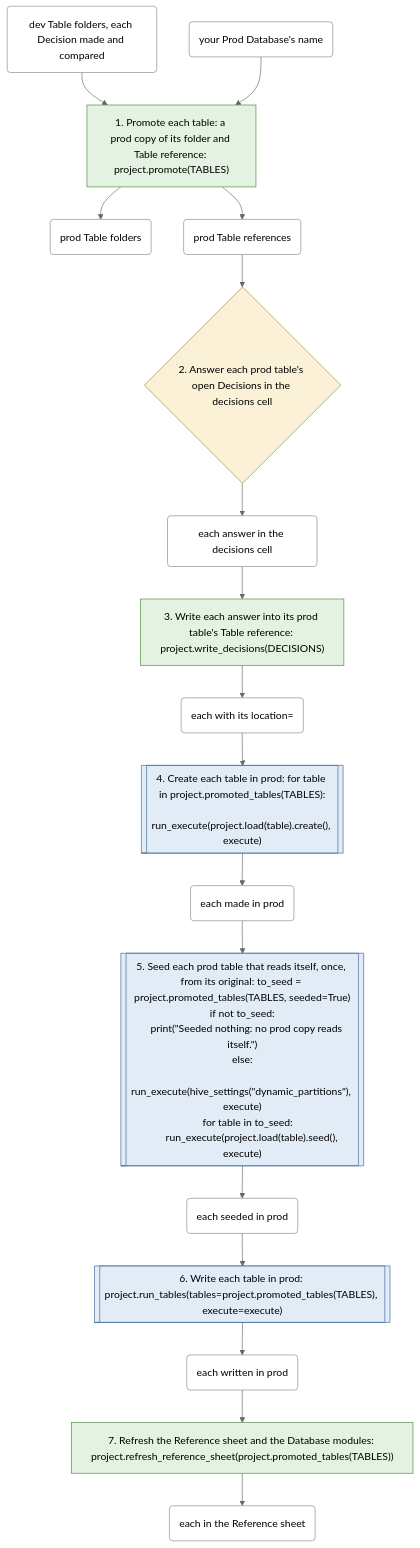
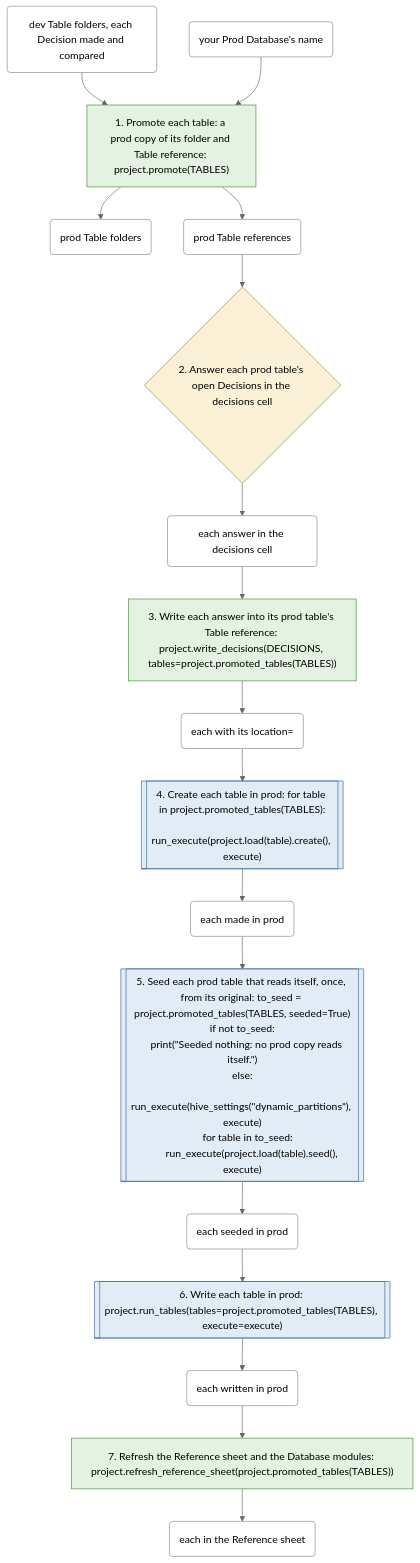
Before and after one commit to EdgyPage/SQL-Composer: the second of 6 diagrams in docs/workflows.md, drawn with Mermaid (neutral theme). The commit also changed other lines of this file and 28 other files, not shown here.

First line of the commit message:
feat(8.4): ticket 08, Decisions for every table

````diff
--- a/docs/workflows.md
+++ b/docs/workflows.md
@@ -90,47 +90,47 @@
 ```mermaid
 flowchart TD
     s0["1. Promote each table: a prod copy of its folder and Table reference: project.promote(TABLES)"]:::files_only
     s1{"2. Answer each prod table's open Decisions in the decisions cell"}:::your_decision
-    s2["3. Write each answer into its prod table's Table reference: project.write_decisions(DECISIONS)"]:::files_only
+    s2["3. Write each answer into its prod table's Table reference: project.write_decisions(DECISIONS, tables=project.promoted_tables(TABLES))"]:::files_only
     s3[["4. Create each table in prod: for table in project.promoted_tables(TABLES):
     run_execute(project.load(table).create(), execute)"]]:::warehouse_call
     s4[["5. Seed each prod table that reads itself, once, from its original: to_seed = project.promoted_tables(TABLES, seeded=True)
 if not to_seed:
     print(#quot;Seeded nothing: no prod copy reads itself.#quot;)
 else:
     run_execute(hive_settings(#quot;dynamic_partitions#quot;), execute)
     for table in to_seed:
         run_execute(project.load(table).seed(), execute)"]]:::warehouse_call
     s5[["6. Write each table in prod: project.run_tables(tables=project.promoted_tables(TABLES), execute=execute)"]]:::warehouse_call
     s6["7. Refresh the Reference sheet and the Database modules: project.refresh_reference_sheet(project.promoted_tables(TABLES))"]:::files_only
     t0("dev Table folders, each Decision made and compared"):::thing
     t1("your Prod Database's name"):::thing
     t2("prod Table folders"):::thing
     t3("prod Table references"):::thing
     t4("each answer in the decisions cell"):::thing
     t5("each with its location="):::thing
     t6("each made in prod"):::thing
     t7("each seeded in prod"):::thing
     t8("each written in prod"):::thing
     t9("each in the Reference sheet"):::thing
     t0 --> s0
     t1 --> s0
     s0 --> t2
     s0 --> t3
     t3 --> s1
     s1 --> t4
     t4 --> s2
     s2 --> t5
     t5 --> s3
     s3 --> t6
     t6 --> s4
     s4 --> t7
     t7 --> s5
     s5 --> t8
     t8 --> s6
     s6 --> t9
     classDef files_only fill:#e3f2e1,stroke:#4a8a3f
     classDef warehouse_call fill:#e1ecf7,stroke:#3f6a9a
     classDef your_decision fill:#fbf1d6,stroke:#a8842a
     classDef thing fill:#ffffff,stroke:#888888
 ```
````
